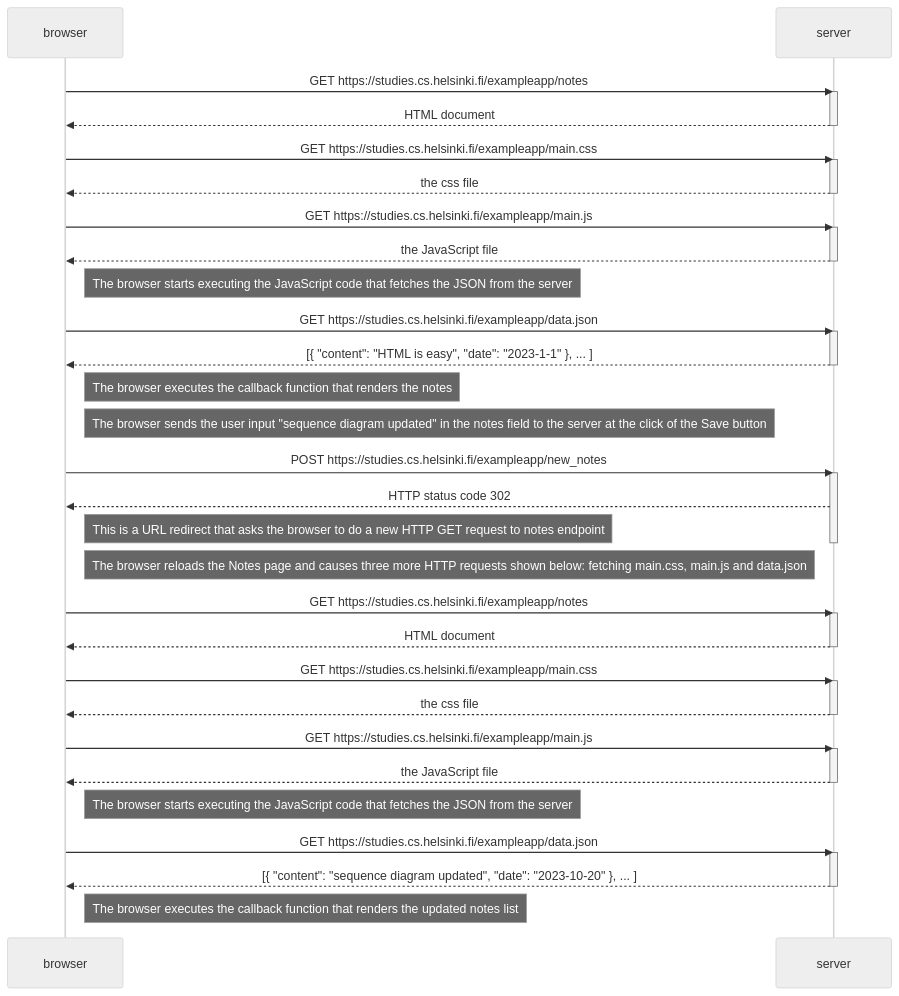
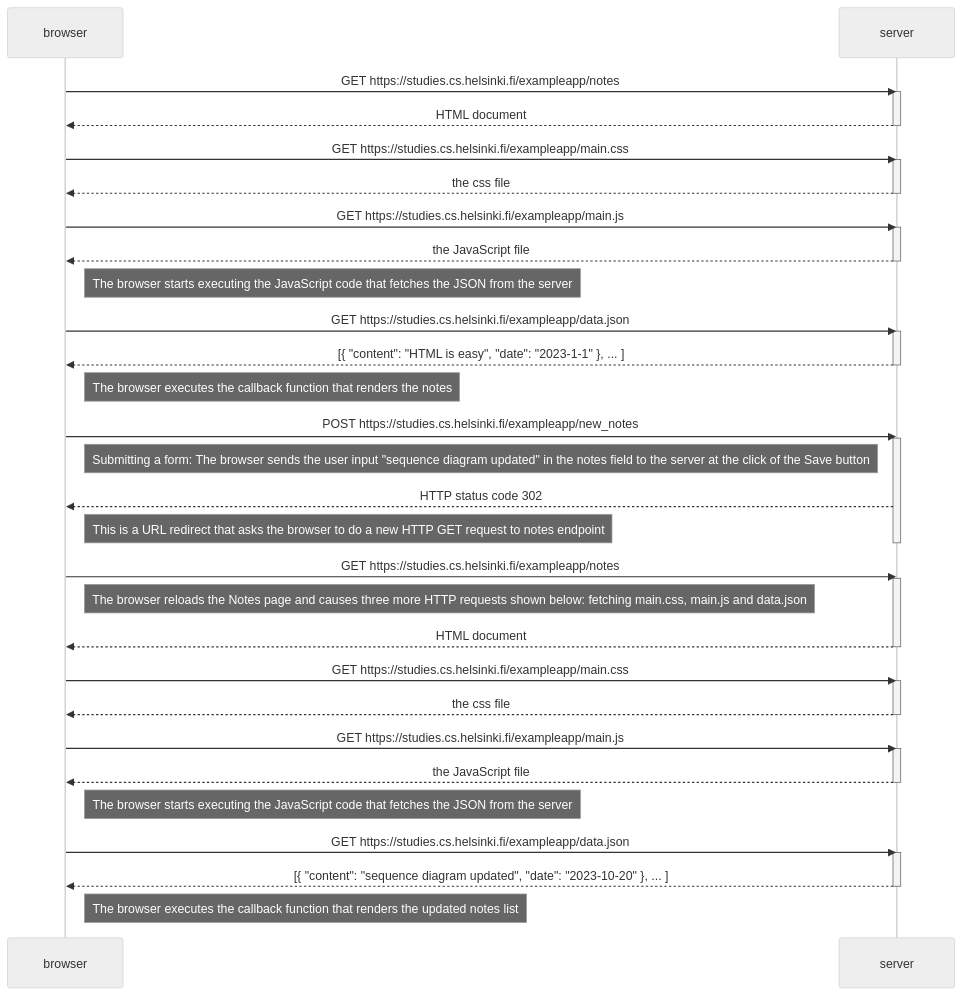
The diagram in part0/newnotediagram.md (CeeJayyy007/fullstackopen), drawn with Mermaid (neutral theme) before and after one commit.

````diff
--- a/part0/newnotediagram.md
+++ b/part0/newnotediagram.md
@@ -1,63 +1,65 @@
 ```mermaid
 sequenceDiagram
     participant browser
     participant server
     
     browser->>server: GET https://studies.cs.helsinki.fi/exampleapp/notes
     activate server
     server-->>browser: HTML document
     deactivate server
 
     browser->>server: GET https://studies.cs.helsinki.fi/exampleapp/main.css
     activate server
     server-->>browser: the css file
     deactivate server
 
     browser->>server: GET https://studies.cs.helsinki.fi/exampleapp/main.js
     activate server
     server-->>browser: the JavaScript file
     deactivate server
 
     Note right of browser: The browser starts executing the JavaScript code that fetches the JSON from the server
 
     browser->>server: GET https://studies.cs.helsinki.fi/exampleapp/data.json
     activate server
     server-->>browser: [{ "content": "HTML is easy", "date": "2023-1-1" }, ... ]
     deactivate server
 
     Note right of browser: The browser executes the callback function that renders the notes
 
-    Note right of browser: The browser sends the user input "sequence diagram updated" in the notes field to the server at the click of the Save button
-
     browser->>server: POST https://studies.cs.helsinki.fi/exampleapp/new_notes 
     activate server
+    
+    Note right of browser: Submitting a form: The browser sends the user input "sequence diagram updated" in the notes field to the server at the click of the Save button
+
 
     server-->>browser: HTTP status code 302
     Note right of browser: This is a URL redirect that asks the browser to do a new HTTP GET request to notes endpoint
     deactivate server
 
+    browser->>server: GET https://studies.cs.helsinki.fi/exampleapp/notes
+    activate server
+    
     Note right of browser: The browser reloads the Notes page and causes three more HTTP requests shown below: fetching main.css, main.js and data.json
 
-    browser->>server: GET https://studies.cs.helsinki.fi/exampleapp/notes
-    activate server
     server-->>browser: HTML document
     deactivate server
 
     browser->>server: GET https://studies.cs.helsinki.fi/exampleapp/main.css
     activate server
     server-->>browser: the css file
     deactivate server
 
     browser->>server: GET https://studies.cs.helsinki.fi/exampleapp/main.js
     activate server
     server-->>browser: the JavaScript file
     deactivate server
 
     Note right of browser: The browser starts executing the JavaScript code that fetches the JSON from the server
 
     browser->>server: GET https://studies.cs.helsinki.fi/exampleapp/data.json
     activate server
     server-->>browser: [{ "content": "sequence diagram updated", "date": "2023-10-20" }, ... ]
     deactivate server
     Note right of browser: The browser executes the callback function that renders the updated notes list
 ```
````
